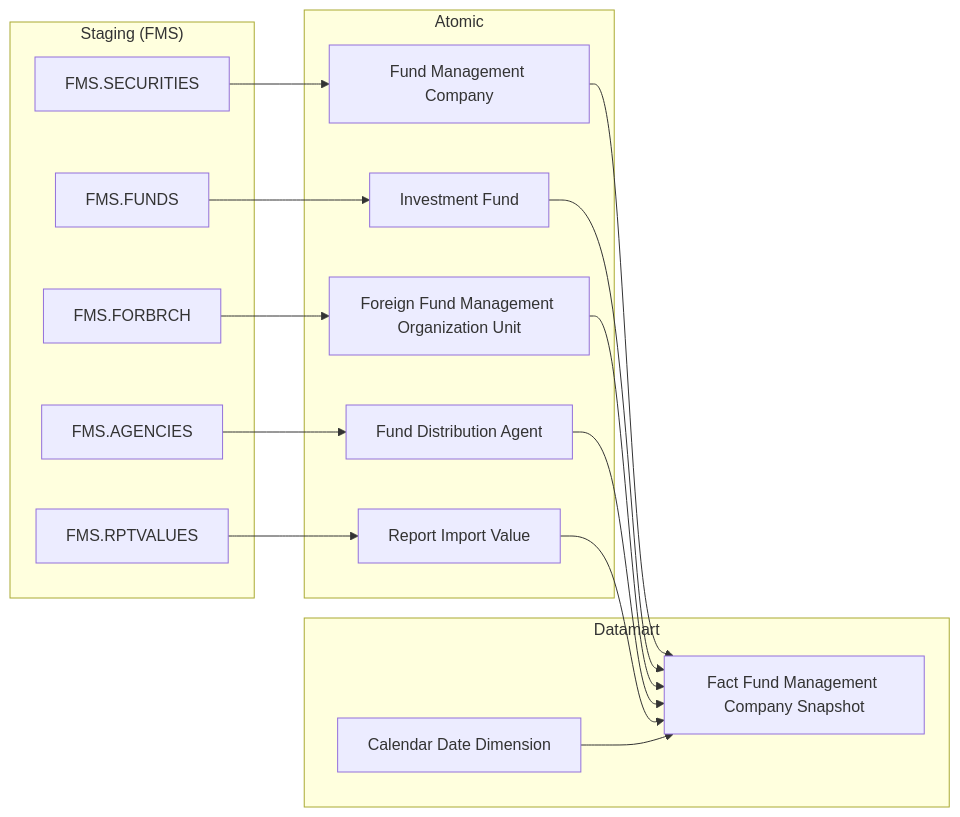
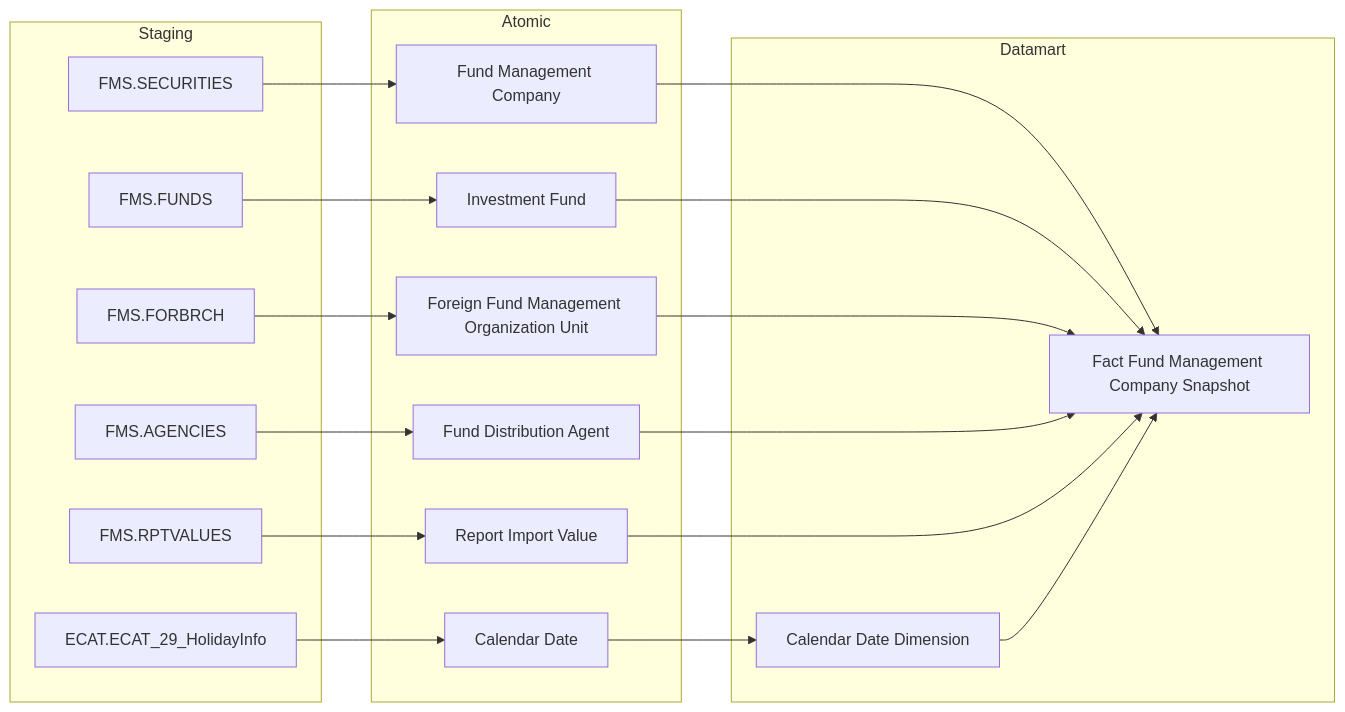
Before and after one commit to linhlvit/ubck_atomic_design: the first of 37 diagrams in Datamart/hld/DTM_FMS_HLD.md, drawn with Mermaid. The commit also changed other lines of this file and 10 other files, not shown here.

````diff
--- a/Datamart/hld/DTM_FMS_HLD.md
+++ b/Datamart/hld/DTM_FMS_HLD.md
@@ -39,37 +13,41 @@
 ```mermaid
 flowchart LR
-    subgraph SRC["Staging (FMS)"]
+    subgraph SRC["Staging"]
         S1["FMS.SECURITIES"]
         S2["FMS.FUNDS"]
         S3["FMS.FORBRCH"]
         S4["FMS.AGENCIES"]
         S6["FMS.RPTVALUES"]
+        SE1["ECAT.ECAT_29_HolidayInfo"]
     end
 
     subgraph SIL["Atomic"]
         SV1["Fund Management Company"]
         SV2["Investment Fund"]
         SV3["Foreign Fund Management Organization Unit"]
         SV4["Fund Distribution Agent"]
         SV6["Report Import Value"]
+        SV7["Calendar Date"]
     end
 
     subgraph GOLD["Datamart"]
         G1["Fact Fund Management Company Snapshot"]
         G2["Calendar Date Dimension"]
     end
 
     S1 --> SV1
     S2 --> SV2
     S3 --> SV3
     S4 --> SV4
     S6 --> SV6
+    SE1 --> SV7
 
     SV1 --> G1
     SV2 --> G1
     SV3 --> G1
     SV4 --> G1
     SV6 --> G1
+    SV7 --> G2
 
     G2 --> G1
 ```
````
